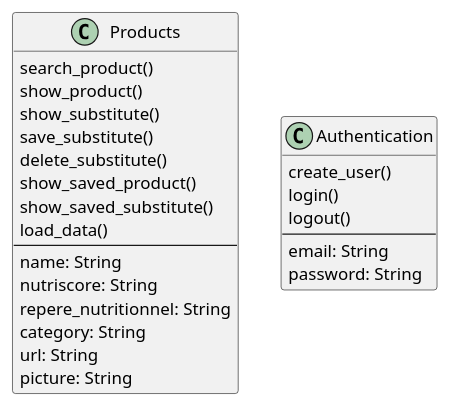
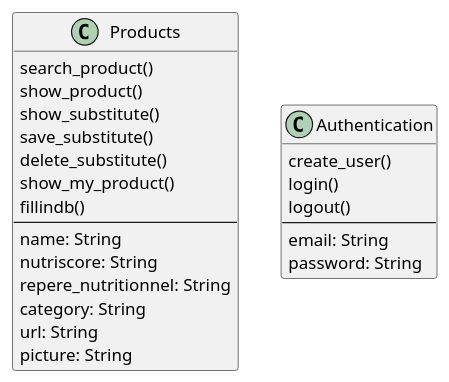
Before and after one commit to Zepmanbc/oc_dapython_pr8: the diagram in doc/uml/05_class.puml, drawn with PlantUML. The commit also changed 8 other files, not shown here.

```diff
--- a/doc/uml/05_class.puml
+++ b/doc/uml/05_class.puml
@@ -1,30 +1,29 @@
 @startuml 05_class
 
 class Products{
     search_product()
     show_product()
     show_substitute()
     save_substitute()
     delete_substitute()
-    show_saved_product()
-    show_saved_substitute()
-    load_data()
+    show_my_product()
+    fillindb()
     --
     name: String
     nutriscore: String
     repere_nutritionnel: String
     category: String
     url: String
     picture: String
 }
 
 class Authentication{
     create_user()
     login()
     logout()
     ---
     email: String
     password: String
 }
 
 @enduml
```
